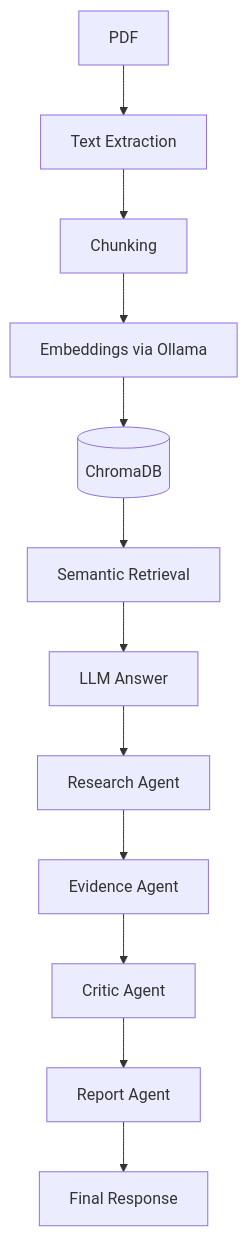
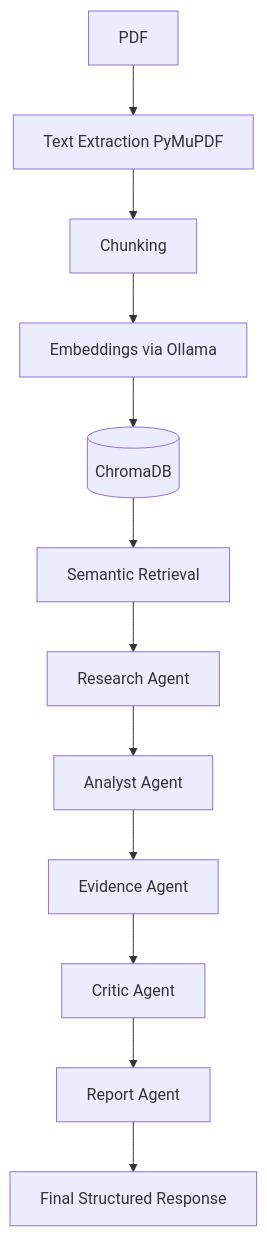
The diagram in README.md (Spectre206/ResearchPilot), drawn with Mermaid before and after one commit.

Commit message:
docs: Added the Analyst agent inside the flow diagram

````diff
--- a/README.md
+++ b/README.md
@@ -54,14 +54,14 @@
 ```mermaid
 flowchart TD
-    A[PDF] --> B[Text Extraction]
+    A[PDF] --> B[Text Extraction PyMuPDF]
     B --> C[Chunking]
     C --> D[Embeddings via Ollama]
     D --> E[(ChromaDB)]
     E --> F[Semantic Retrieval]
-    F --> G[LLM Answer]
-    G --> H[Research Agent]
+    F --> G[Research Agent]
+    G --> H[Analyst Agent]
     H --> I[Evidence Agent]
     I --> J[Critic Agent]
     J --> K[Report Agent]
-    K --> L[Final Response]
+    K --> L[Final Structured Response]
 ```
````
